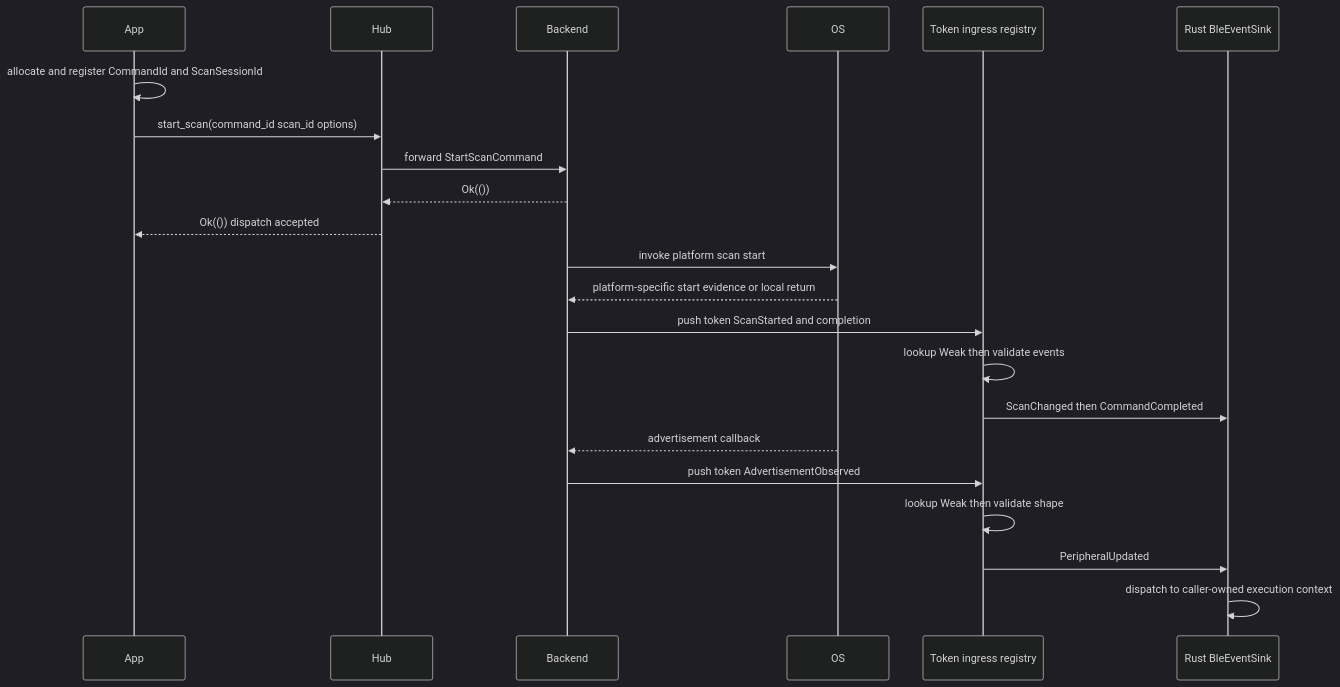
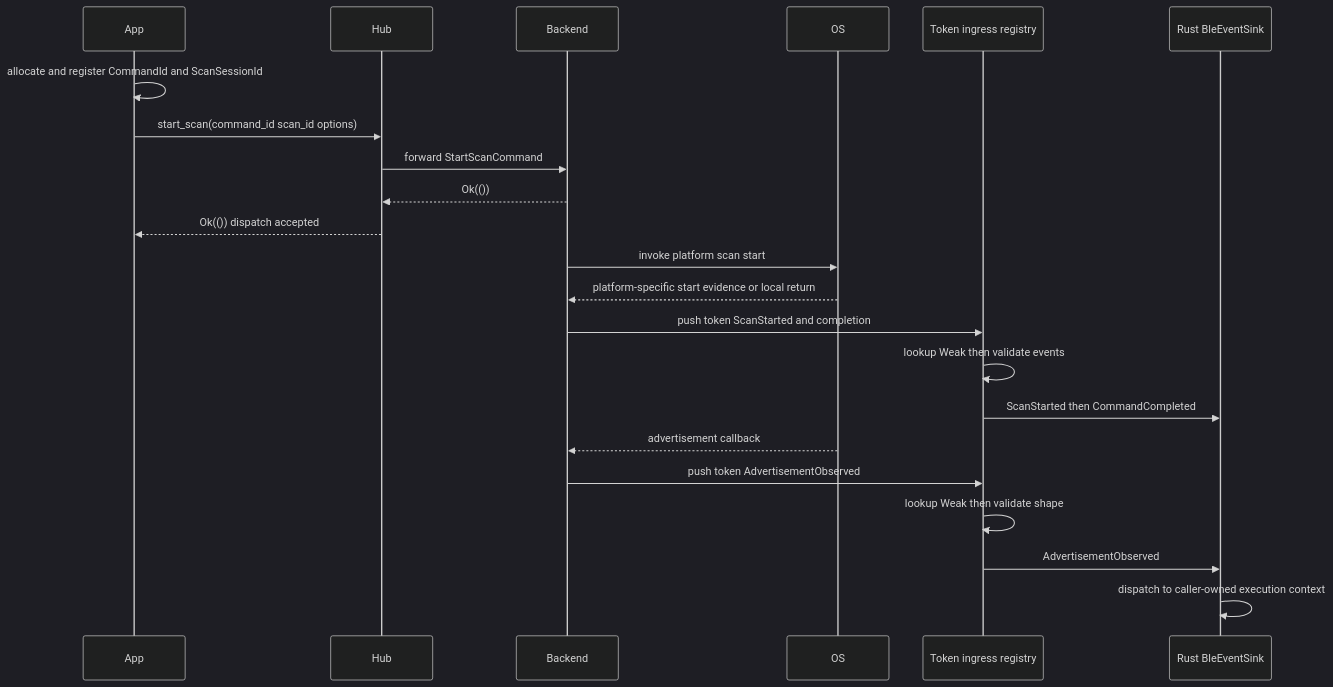
One commit to VIDLG/blengine changed the sixth of 9 diagrams in .plan/PLAN.md. Above: the diagram before and after it, drawn with Mermaid (dark theme). The commit also changed other lines of this file and 17 other files, not shown here.

Commit message:
Approve BleHub architecture plan

````diff
--- a/.plan/PLAN.md
+++ b/.plan/PLAN.md
@@ -1574,25 +1548,25 @@
 ```mermaid
 sequenceDiagram
     participant App
     participant Hub
     participant Backend
     participant OS
     participant Ingress as Token ingress registry
     participant Output as Rust BleEventSink
 
     App->>App: allocate and register CommandId and ScanSessionId
     App->>Hub: start_scan(command_id scan_id options)
     Hub->>Backend: forward StartScanCommand
     Backend-->>Hub: Ok(())
     Hub-->>App: Ok(()) dispatch accepted
     Backend->>OS: invoke platform scan start
     OS-->>Backend: platform-specific start evidence or local return
     Backend->>Ingress: push token ScanStarted and completion
     Ingress->>Ingress: lookup Weak then validate events
-    Ingress->>Output: ScanChanged then CommandCompleted
+    Ingress->>Output: ScanStarted then CommandCompleted
     OS-->>Backend: advertisement callback
     Backend->>Ingress: push token AdvertisementObserved
     Ingress->>Ingress: lookup Weak then validate shape
-    Ingress->>Output: PeripheralUpdated
+    Ingress->>Output: AdvertisementObserved
     Output->>Output: dispatch to caller-owned execution context
 ```
````
